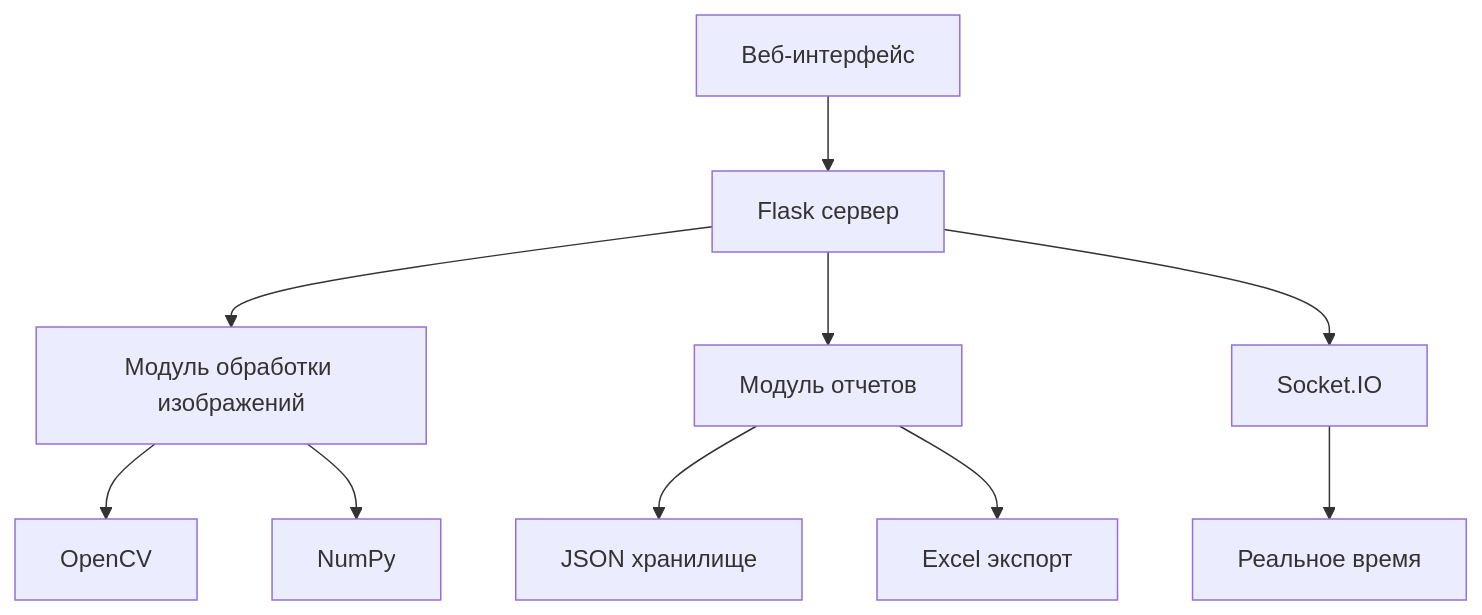
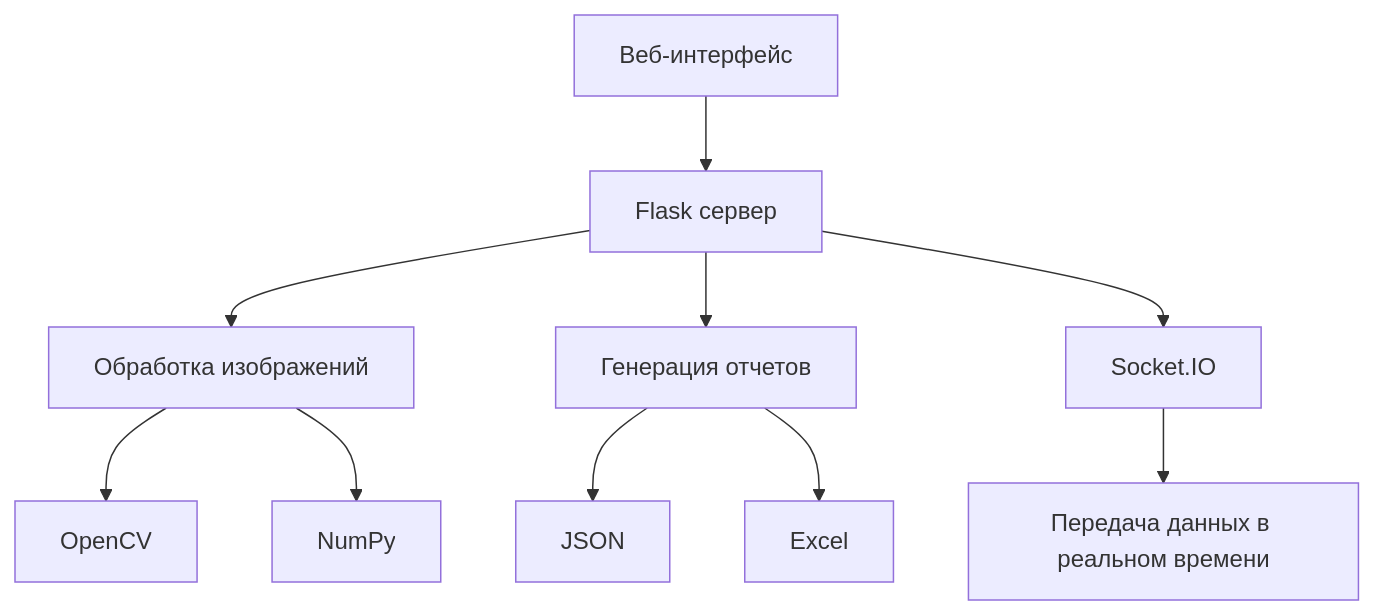
The diagram in README.md (mrKamanov/TscanSDK), drawn with Mermaid before and after one commit. The commit also changed other lines of this file, not shown here.

````diff
--- a/README.md
+++ b/README.md
@@ -90,12 +53,12 @@
 ```mermaid
-graph TD
-    A[Веб-интерфейс] --> B[Flask сервер]
-    B --> C[Модуль обработки изображений]
-    C --> D[OpenCV]
-    C --> E[NumPy]
-    B --> F[Модуль отчетов]
-    F --> G[JSON хранилище]
-    F --> H[Excel экспорт]
-    B --> I[Socket.IO]
-    I --> J[Реальное время]
+graph TD;
+  A[Веб-интерфейс] --> B[Flask сервер];
+  B --> C[Обработка изображений];
+  C --> D[OpenCV];
+  C --> E[NumPy];
+  B --> F[Генерация отчетов];
+  F --> G[JSON];
+  F --> H[Excel];
+  B --> I[Socket.IO];
+  I --> J[Передача данных в реальном времени];
 ```
````
